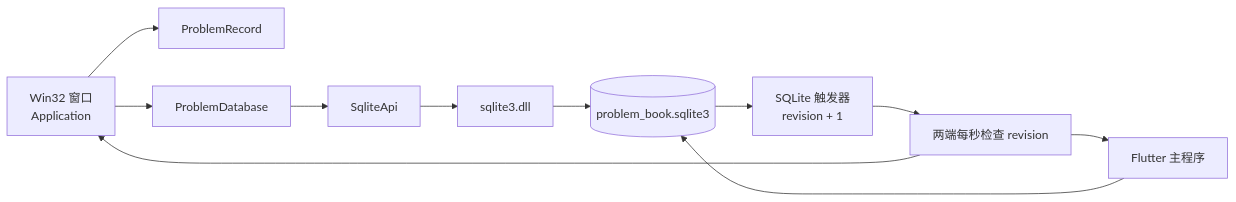
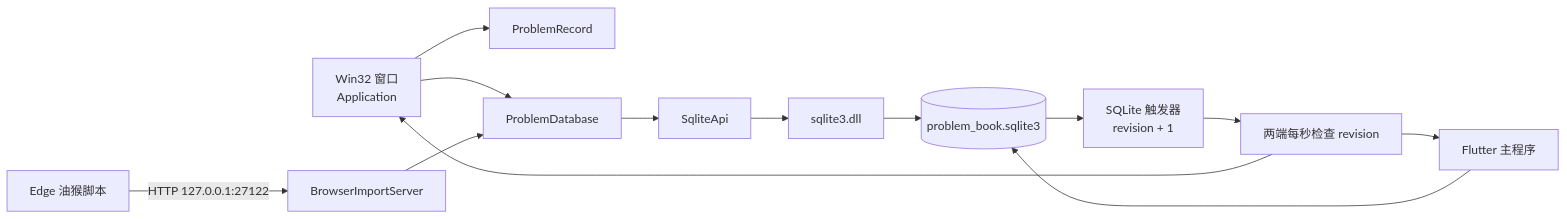
One commit to ZuesHans/oj-desktop-widget changed the first of 2 diagrams in native_companion/ARCHITECTURE.md. Above: the diagram before and after it, drawn with Mermaid. The commit also changed other lines of this file and 16 other files, not shown here.

````diff
--- a/native_companion/ARCHITECTURE.md
+++ b/native_companion/ARCHITECTURE.md
@@ -21,13 +21,15 @@
 ```mermaid
 flowchart LR
     UI[Win32 窗口\nApplication] --> Model[ProblemRecord]
     UI --> Repository[ProblemDatabase]
     Repository --> Loader[SqliteApi]
     Loader --> DLL[sqlite3.dll]
     DLL --> DB[(problem_book.sqlite3)]
     Flutter[Flutter 主程序] --> DB
     DB --> Trigger[SQLite 触发器\nrevision + 1]
     Trigger --> Poll[两端每秒检查 revision]
     Poll --> UI
     Poll --> Flutter
+    Userscript[Edge 油猴脚本] -->|HTTP 127.0.0.1:27122| Import[BrowserImportServer]
+    Import --> Repository
 ```
````
